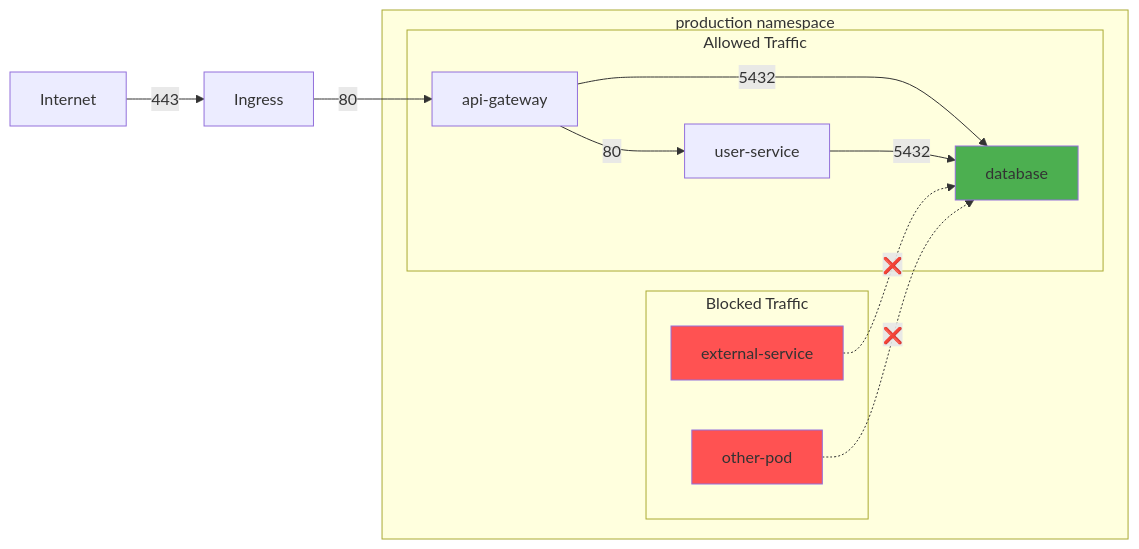
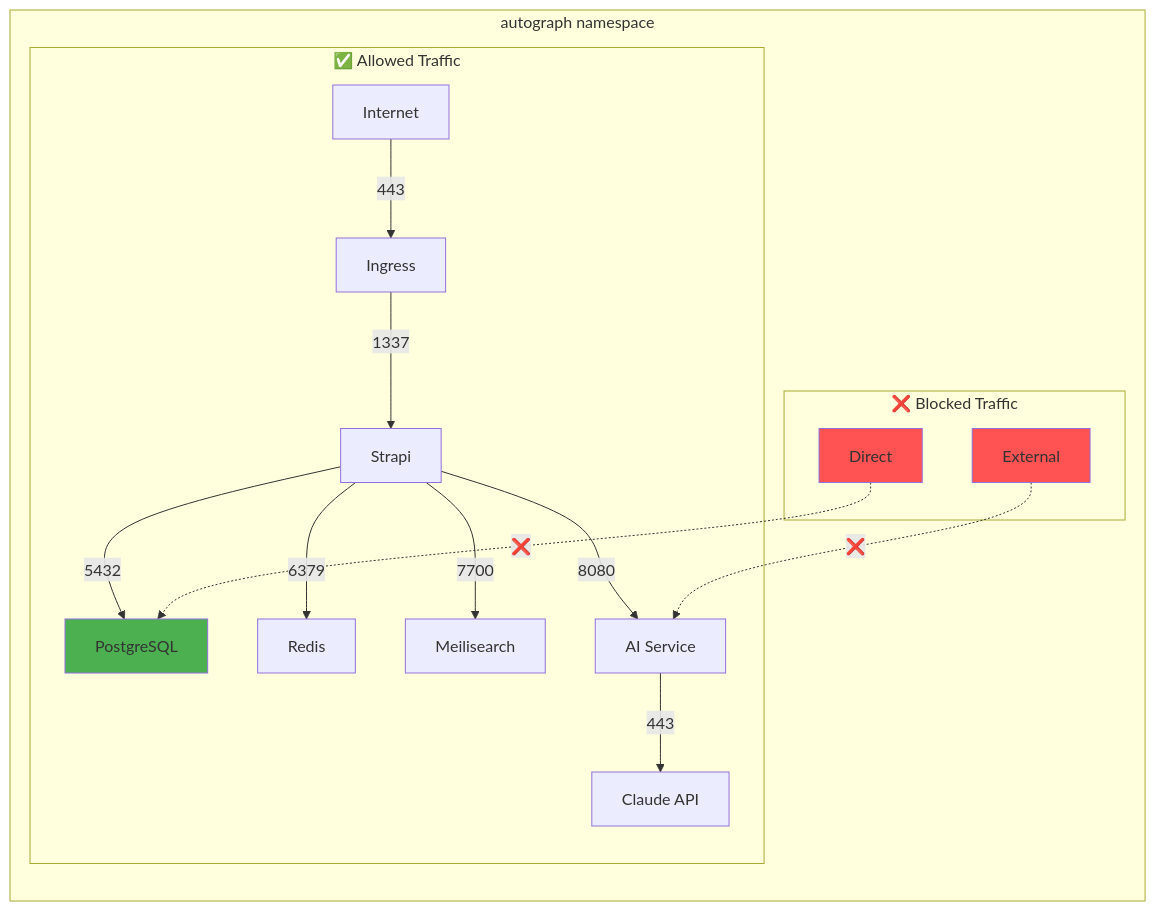
The fourth of 8 diagrams in DevOps/03-Platform/03-Security.md (PearlThoughtsInternship/Internship-Obsidian-Vault), drawn with Mermaid before and after one commit. The commit also changed other lines of this file and 1 other file, not shown here.

First line of the commit message:
rebrand: Product Vision + Security with Autograph context

````diff
--- a/DevOps/03-Platform/03-Security.md
+++ b/DevOps/03-Platform/03-Security.md
@@ -176,22 +301,23 @@
 ```mermaid
 flowchart LR
-    subgraph Namespace["production namespace"]
-        subgraph Allowed["Allowed Traffic"]
-            API["api-gateway"] -->|"5432"| DB["database"]
-            API -->|"80"| User["user-service"]
-            User -->|"5432"| DB
+    subgraph Namespace["autograph namespace"]
+        subgraph Allowed["✅ Allowed Traffic"]
+            Internet["Internet"] -->|"443"| Ingress["Ingress"]
+            Ingress -->|"1337"| Strapi["Strapi"]
+            Strapi -->|"5432"| PG["PostgreSQL"]
+            Strapi -->|"6379"| Redis["Redis"]
+            Strapi -->|"7700"| Meili["Meilisearch"]
+            Strapi -->|"8080"| AI["AI Service"]
+            AI -->|"443"| Claude["Claude API"]
         end
 
-        subgraph Blocked["Blocked Traffic"]
-            External["external-service"] -.->|"❌"| DB
-            Other["other-pod"] -.->|"❌"| DB
+        subgraph Blocked["❌ Blocked Traffic"]
+            Direct["Direct"] -.->|"❌"| PG
+            External["External"] -.->|"❌"| AI
         end
     end
 
-    Internet["Internet"] -->|"443"| Ingress["Ingress"]
-    Ingress -->|"80"| API
-
-    style DB fill:#4CAF50
+    style PG fill:#4CAF50
+    style Direct fill:#FF5252
     style External fill:#FF5252
-    style Other fill:#FF5252
 ```
````
